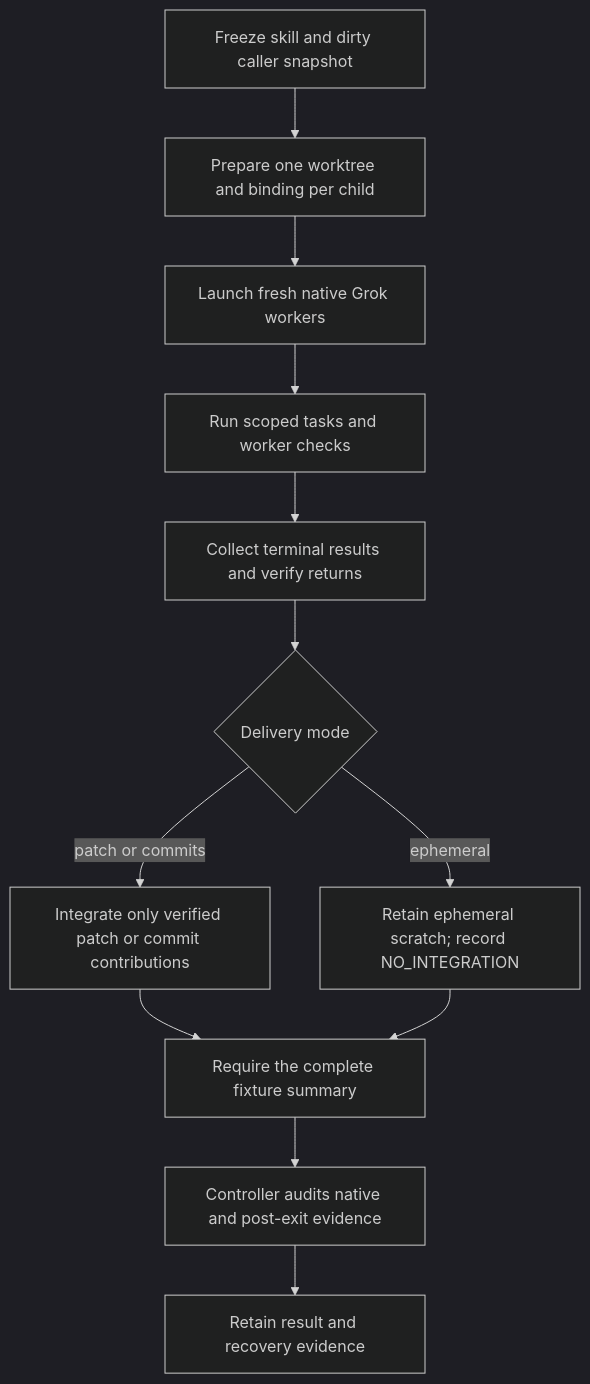
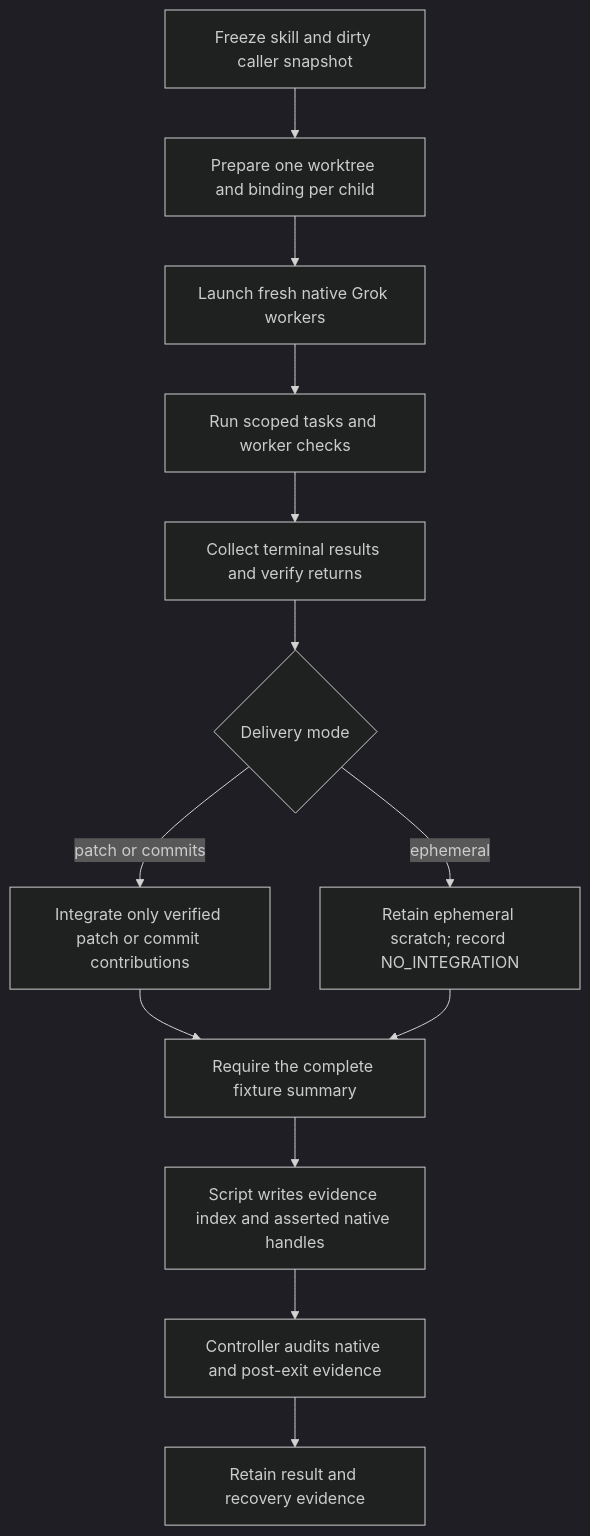
One commit to whichguy/skill-craft changed the diagram in test/experiments/ask_agent_parallel_worktrees/README.md. Above: the diagram before and after it, drawn with Mermaid (dark theme). The commit also changed other lines of this file and 18 other files, not shown here.

````diff
--- a/test/experiments/ask_agent_parallel_worktrees/README.md
+++ b/test/experiments/ask_agent_parallel_worktrees/README.md
@@ -9,18 +9,19 @@
 ```mermaid
 flowchart TB
     A[Freeze skill and dirty caller snapshot]
     B[Prepare one worktree and binding per child]
     C[Launch fresh native Grok workers]
     D[Run scoped tasks and worker checks]
     E[Collect terminal results and verify returns]
     F{Delivery mode}
     G[Integrate only verified patch or commit contributions]
     H[Retain ephemeral scratch; record NO_INTEGRATION]
     I[Require the complete fixture summary]
+    R[Script writes evidence index and asserted native handles]
     J[Controller audits native and post-exit evidence]
     K[Retain result and recovery evidence]
     A --> B --> C --> D --> E --> F
     F -->|patch or commits| G --> I
     F -->|ephemeral| H --> I
-    I --> J --> K
+    I --> R --> J --> K
 ```
````
